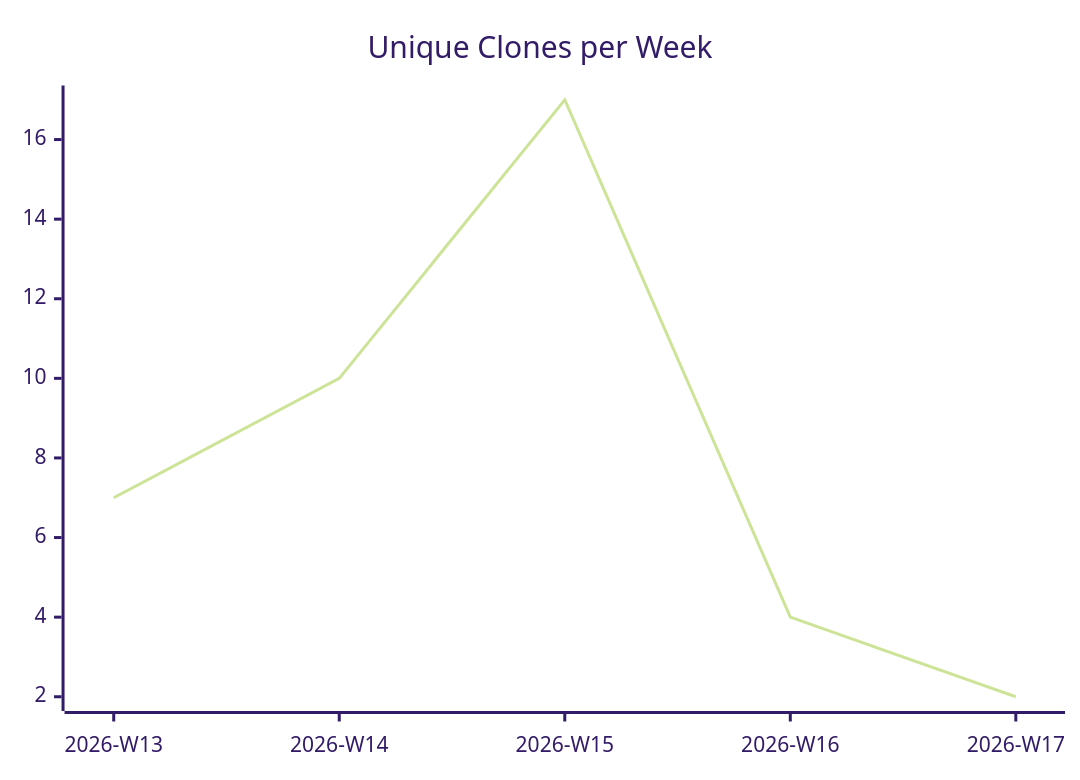
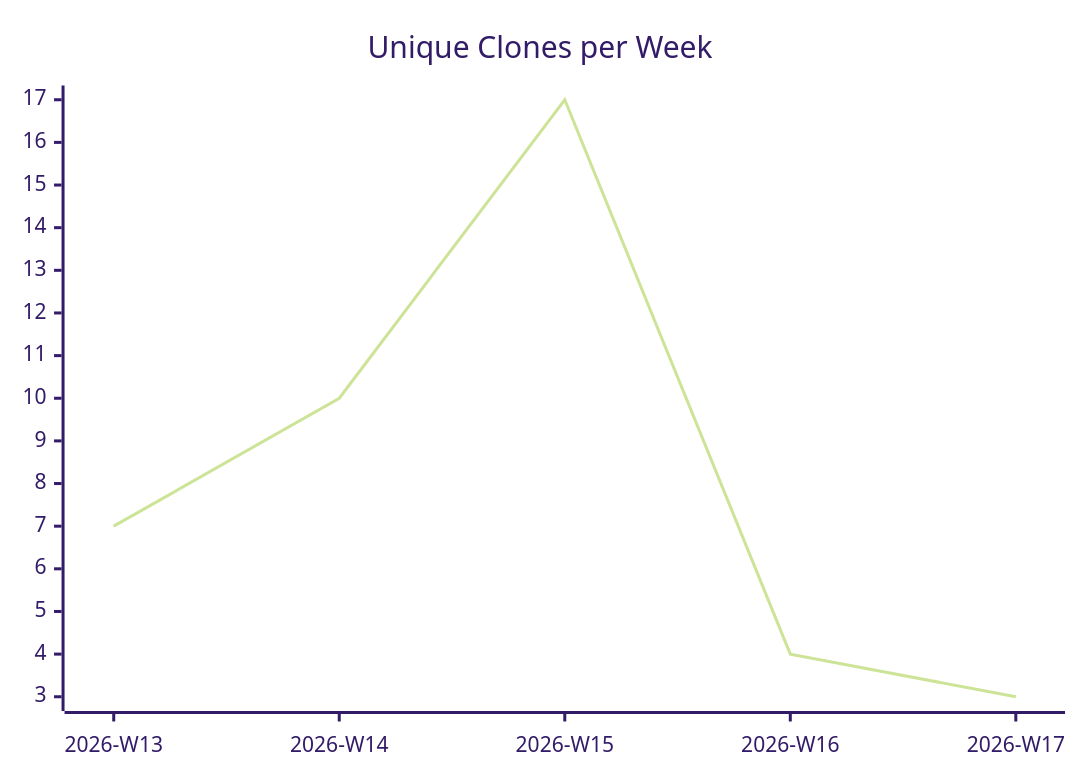
The third of 3 diagrams in karlmdavis/ksoap2-android/README.md (justdavis-family/github-analytics-data), drawn with Mermaid (forest theme) before and after one commit. The commit also changed other lines of this file and 198 other files, not shown here.

````diff
--- a/karlmdavis/ksoap2-android/README.md
+++ b/karlmdavis/ksoap2-android/README.md
@@ -19,6 +19,6 @@
 ```mermaid
 xychart-beta
   title "Unique Clones per Week"
   x-axis ["2026-W13", "2026-W14", "2026-W15", "2026-W16", "2026-W17"]
-  line [7, 10, 17, 4, 2]
+  line [7, 10, 17, 4, 3]
 ```
````
